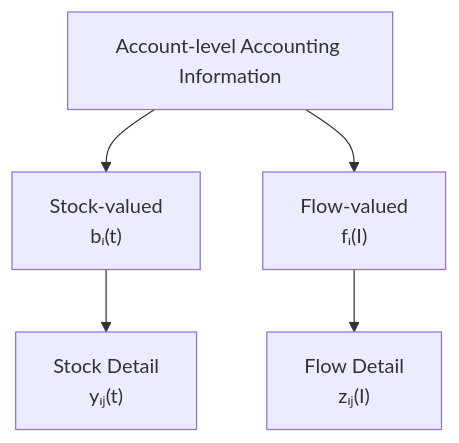
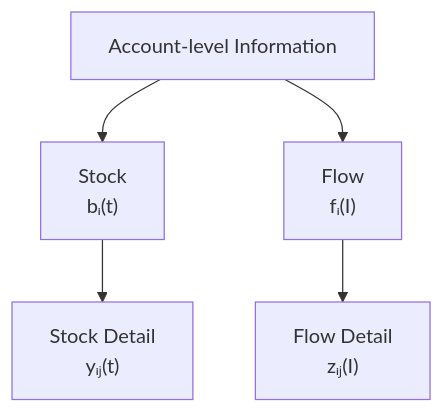
One commit to niikei/accounting-state-model changed the first of 3 diagrams in theory/08-aggregation.md. Above: the diagram before and after it, drawn with Mermaid. The commit also changed other lines of this file and 8 other files, not shown here.

````diff
--- a/theory/08-aggregation.md
+++ b/theory/08-aggregation.md
@@ -856,16 +562,16 @@
 ```mermaid
 flowchart TD
-    ACCOUNT["Account-level Accounting Information"]
+    ACCOUNT["Account-level Information"]
 
-    STOCK["Stock-valued<br/>bᵢ(t)"]
-    FLOW["Flow-valued<br/>fᵢ(I)"]
+    STOCK["Stock<br/>bᵢ(t)"]
+    FLOW["Flow<br/>fᵢ(I)"]
 
-    STOCKDETAIL["Stock Detail<br/>yᵢⱼ(t)"]
-    FLOWDETAIL["Flow Detail<br/>zᵢⱼ(I)"]
+    SD["Stock Detail<br/>yᵢⱼ(t)"]
+    FD["Flow Detail<br/>zᵢⱼ(I)"]
 
     ACCOUNT --> STOCK
     ACCOUNT --> FLOW
 
-    STOCK --> STOCKDETAIL
-    FLOW --> FLOWDETAIL
+    STOCK --> SD
+    FLOW --> FD
 ```
````
